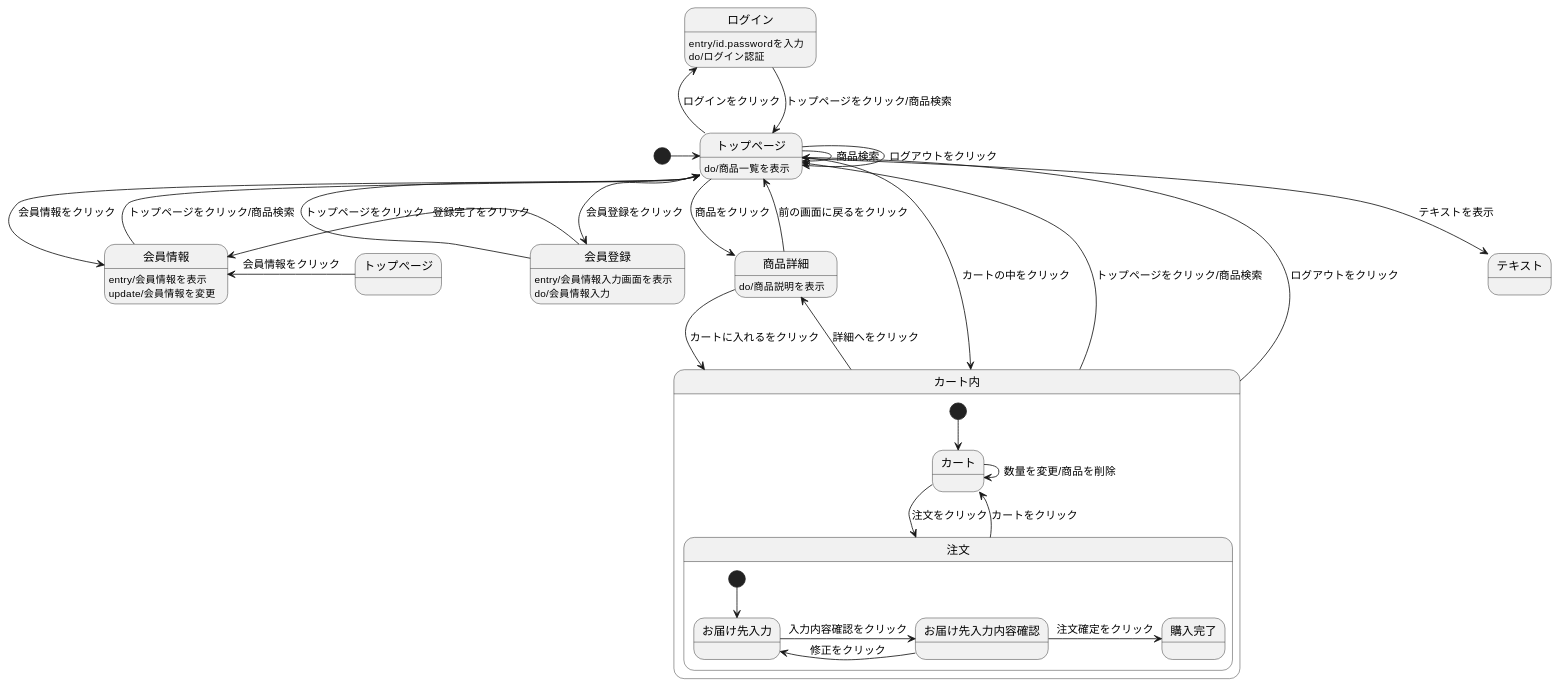
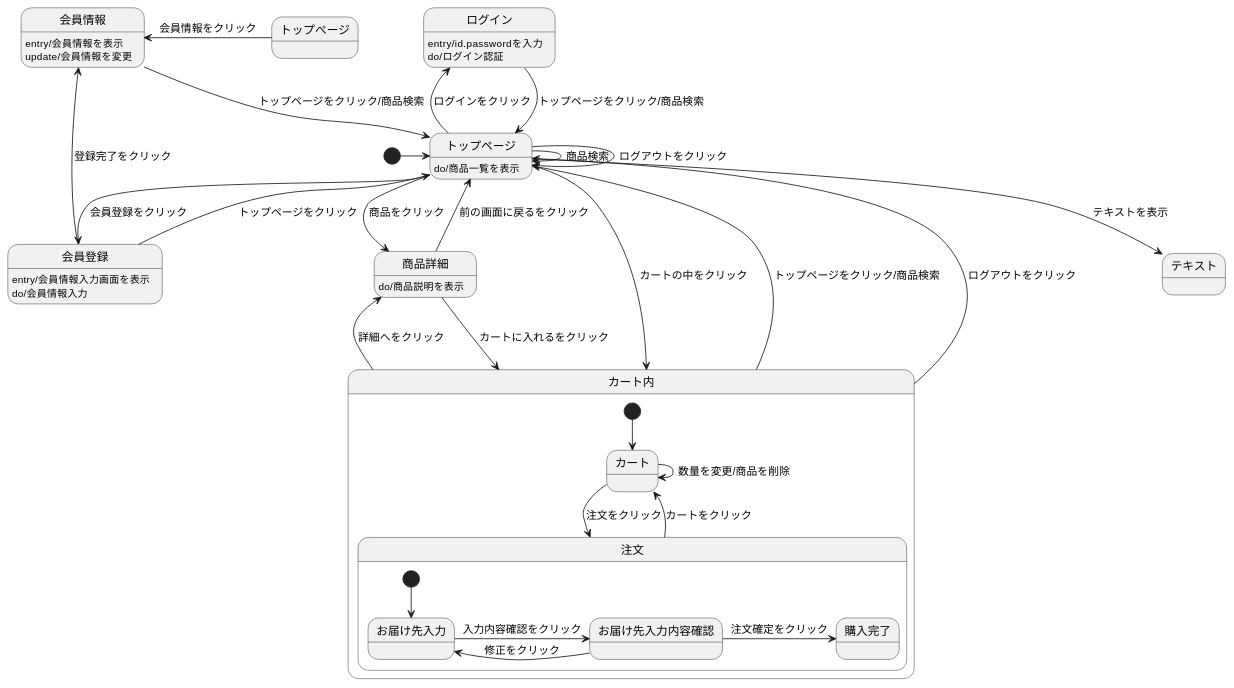
Before and after one commit to Aso2001007/System4: the diagram in 03_画面遷移図/画面遷移図.md, drawn with PlantUML.

````diff
--- a/03_画面遷移図/画面遷移図.md
+++ b/03_画面遷移図/画面遷移図.md
@@ -1,55 +1,55 @@
 ```uml
 
 @startuml
 [*] -> トップページ 
 
 会員登録 -left-> トップページ : トップページをクリック
 会員登録 -left-> 会員情報 :登録完了をクリック
 会員登録 :entry/会員情報入力画面を表示
 会員登録 :do/会員情報入力
 
 会員情報 --> トップページ : トップページをクリック/商品検索 
 会員情報 : entry/会員情報を表示
 会員情報 : update/会員情報を変更
 
 ログイン --> トップページ : トップページをクリック/商品検索 
 ログイン : entry/id.passwordを入力 
 ログイン : do/ログイン認証 
 
 トップページ --> 会員登録 : 会員登録をクリック
-トップページ --> 会員情報 : 会員情報をクリック
+
 トップページ --> トップページ : ログアウトをクリック 
 トップページ -> トップページ : 商品検索 
 トップページ -> 商品詳細 : 商品をクリック 
 トップぺージ -left-> 会員情報 : 会員情報をクリック 
 トップページ -left-> ログイン : ログインをクリック 
 トップページ --> カート内 : カートの中をクリック 
 トップページ --> テキスト : テキストを表示
 トップページ : do/商品一覧を表示 
 
 商品詳細 --> カート内 : カートに入れるをクリック 
 商品詳細 --> トップページ : 前の画面に戻るをクリック 
 商品詳細 : do/商品説明を表示
 
  
 
 カート内 -up-> トップページ : トップページをクリック/商品検索 
 カート内 -up-> トップページ : ログアウトをクリック 
 カート内 -> 商品詳細 : 詳細へをクリック 
 
 state カート内 { 
   [*] --> カート 
   カート -> 注文 : 注文をクリック 
   カート -> カート : 数量を変更/商品を削除 
   注文 --> カート : カートをクリック 
 
   state 注文 { 
     [*] --> お届け先入力 
     お届け先入力 -> お届け先入力内容確認 : 入力内容確認をクリック 
     お届け先入力内容確認 -> お届け先入力 : 修正をクリック 
     お届け先入力内容確認 -> 購入完了 : 注文確定をクリック 
   } 
 }
 @enduml
 
 ```
````
